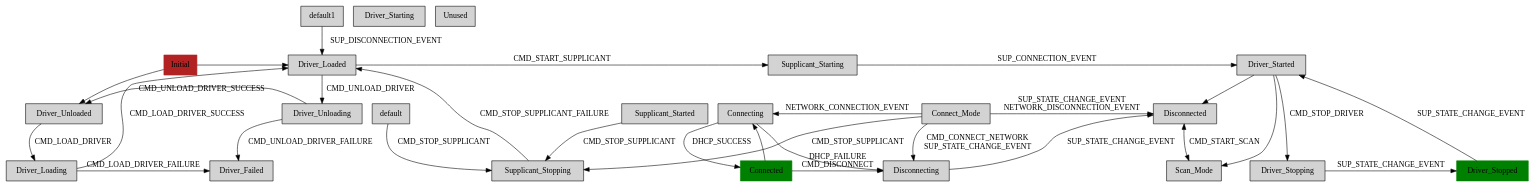
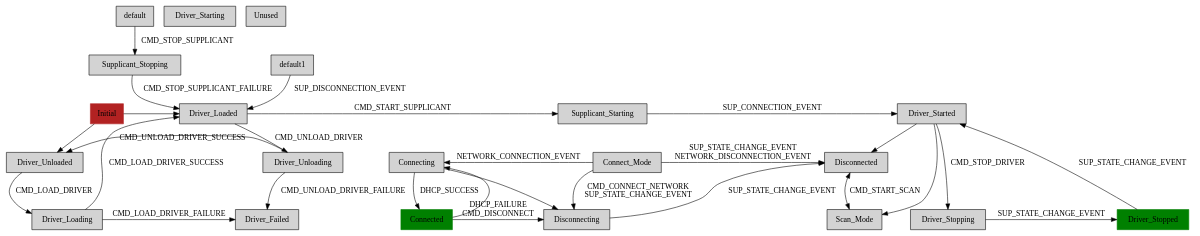
The diagram in fsm/wifistates.dot (cambridgehackers/klaatu-language-gitorious), drawn with Graphviz before and after one commit. The commit also changed 2 other files, not shown here.

```diff
--- a/fsm/wifistates.dot
+++ b/fsm/wifistates.dot
@@ -1,62 +1,59 @@
 digraph wifistates {
     node [shape=box style=filled]
 
     { rank=same; Initial Driver_Loaded Supplicant_Starting Driver_Started }
     { rank=same; Driver_Unloaded Driver_Unloading }
     { rank=same; Driver_Loading Driver_Failed }
     { rank=same; Connect_Mode Connecting Disconnected }
     { rank=same; Connected Disconnecting }
     { rank=same; Driver_Stopped Scan_Mode Driver_Stopping }
 
     Connect_Mode -> Disconnected [ label="SUP_STATE_CHANGE_EVENT\nNETWORK_DISCONNECTION_EVENT" ]
     Connect_Mode -> Disconnecting [ label="CMD_CONNECT_NETWORK\nSUP_STATE_CHANGE_EVENT" ]
-    Connect_Mode -> Supplicant_Stopping [ label=CMD_STOP_SUPPLICANT ]
     Connected -> Connecting 
     Connected -> Disconnecting [ label="DHCP_FAILURE\nCMD_DISCONNECT" ]
     Connecting -> Connect_Mode [ dir=back label=NETWORK_CONNECTION_EVENT ]
     Connecting -> Connected [ label="DHCP_SUCCESS" ]
     Connecting -> Disconnecting
     Disconnected -> Scan_Mode [ dir=both label=CMD_START_SCAN ]
     Disconnecting -> Disconnected [ label=SUP_STATE_CHANGE_EVENT ]
     Driver_Failed -> Driver_Unloading [dir=back label=CMD_UNLOAD_DRIVER_FAILURE ]
     Driver_Loaded -> Driver_Unloading [ label=CMD_UNLOAD_DRIVER ]
     Driver_Loaded -> Supplicant_Starting [ label=CMD_START_SUPPLICANT ]
     Driver_Loading -> Driver_Failed [label=CMD_LOAD_DRIVER_FAILURE]
     Driver_Loading -> Driver_Loaded [label=CMD_LOAD_DRIVER_SUCCESS]
     Driver_Started -> Disconnected
     Driver_Started -> Driver_Stopping [ label=CMD_STOP_DRIVER ]
     Driver_Started -> Scan_Mode 
     Driver_Stopped -> Driver_Started [ label=SUP_STATE_CHANGE_EVENT ]
     Driver_Stopping -> Driver_Stopped [ label=SUP_STATE_CHANGE_EVENT ]
     Driver_Unloaded -> Driver_Loading [ label=CMD_LOAD_DRIVER ]
     Driver_Unloaded -> Driver_Unloading [dir=back label=CMD_UNLOAD_DRIVER_SUCCESS ]
     Initial -> Driver_Loaded
     Initial -> Driver_Unloaded
-    Supplicant_Started -> Supplicant_Stopping [ label=CMD_STOP_SUPPLICANT ]
     Supplicant_Starting -> Driver_Started [ label=SUP_CONNECTION_EVENT ]
     Supplicant_Stopping -> Driver_Loaded [ label=CMD_STOP_SUPPLICANT_FAILURE ]
     default -> Supplicant_Stopping [ label=CMD_STOP_SUPPLICANT ]
     default1 -> Driver_Loaded [ label=SUP_DISCONNECTION_EVENT ]
 
     Connect_Mode        [ actions="1, 0" ];
     Connected           [ actions="1, Connect_Mode" color=green ];
     Connecting          [ actions="2, Connect_Mode" defer="CMD_START_SCAN" ];
     Disconnected        [ actions="1, Connect_Mode" ];
     Disconnecting       [ actions="1, Connect_Mode" ];
     Driver_Failed       [ actions="1, 0" ];
     Driver_Loaded       [ actions="2, 0" ];
     Driver_Loading      [ actions="2, 0" defer="CMD_LOAD_DRIVER\nCMD_UNLOAD_DRIVER\nCMD_START_SUPPLICANT\nCMD_STOP_SUPPLICANT\nCMD_START_DRIVER\nCMD_STOP_DRIVER" ];
-    Driver_Started      [ actions="1, Supplicant_Started" ];
+    Driver_Started      [ actions="1, 0" ];
     Driver_Starting     [ defer="CMD_START_DRIVER\nCMD_STOP_DRIVER\nNETWORK_CONNECTION_EVENT\nNETWORK_DISCONNECTION_EVENT\nAUTHENTICATION_FAILURE_EVENT\nCMD_START_SCAN\nCMD_DISCONNECT\nCMD_REASSOCIATE\nCMD_RECONNECT" ];
-    Driver_Stopped      [ actions="2, Supplicant_Started" color=green defer="CMD_STOP_DRIVER\nNETWORK_CONNECTION_EVENT\nNETWORK_DISCONNECTION_EVENT\nAUTHENTICATION_FAILURE_EVENT\nCMD_DISCONNECT\nCMD_REASSOCIATE\nCMD_RECONNECT" ];
-    Driver_Stopping     [ actions="1, Supplicant_Started" defer="CMD_START_DRIVER\nCMD_STOP_DRIVER\nNETWORK_CONNECTION_EVENT\nNETWORK_DISCONNECTION_EVENT\nAUTHENTICATION_FAILURE_EVENT\nCMD_START_SCAN\nCMD_DISCONNECT\nCMD_REASSOCIATE\nCMD_RECONNECT" ];
+    Driver_Stopped      [ actions="1, 0" color=green defer="CMD_STOP_DRIVER\nNETWORK_CONNECTION_EVENT\nNETWORK_DISCONNECTION_EVENT\nAUTHENTICATION_FAILURE_EVENT\nCMD_DISCONNECT\nCMD_REASSOCIATE\nCMD_RECONNECT" ];
+    Driver_Stopping     [ actions="1, 0" defer="CMD_START_DRIVER\nCMD_STOP_DRIVER\nNETWORK_CONNECTION_EVENT\nNETWORK_DISCONNECTION_EVENT\nAUTHENTICATION_FAILURE_EVENT\nCMD_START_SCAN\nCMD_DISCONNECT\nCMD_REASSOCIATE\nCMD_RECONNECT" ];
     Driver_Unloaded     [ actions="2, 0" ];
     Driver_Unloading    [ actions="2, 0" defer="CMD_LOAD_DRIVER\nCMD_UNLOAD_DRIVER\nCMD_START_SUPPLICANT\nCMD_STOP_SUPPLICANT\nCMD_START_DRIVER\nCMD_STOP_DRIVER" ];
     Initial             [ color=firebrick ]; 
-    Scan_Mode           [ actions="1, Supplicant_Started" ];
-    Supplicant_Started  [ actions="1, 0" ];
+    Scan_Mode           [ actions="1, 0" ];
     Supplicant_Starting [ actions="1, 0" defer="CMD_LOAD_DRIVER\nCMD_UNLOAD_DRIVER\nCMD_START_SUPPLICANT\nCMD_STOP_SUPPLICANT\nCMD_START_DRIVER\nCMD_STOP_DRIVER" ];
     Supplicant_Stopping [ actions="1, 0" ];
     Unused              [ defer="CMD_ADD_OR_UPDATE_NETWORK\nCMD_DISABLE_NETWORK\nCMD_ENABLE_BACKGROUND_SCAN\nCMD_ENABLE_NETWORK\nCMD_ENABLE_RSSI_POLL\nCMD_REMOVE_NETWORK\nCMD_RSSI_POLL\nCMD_SELECT_NETWORK\nCMD_STOP_SUPPLICANT_SUCCESS\nSUP_SCAN_RESULTS_EVENT" ];
     default             [ actions="0, 0" ];
 }
```
